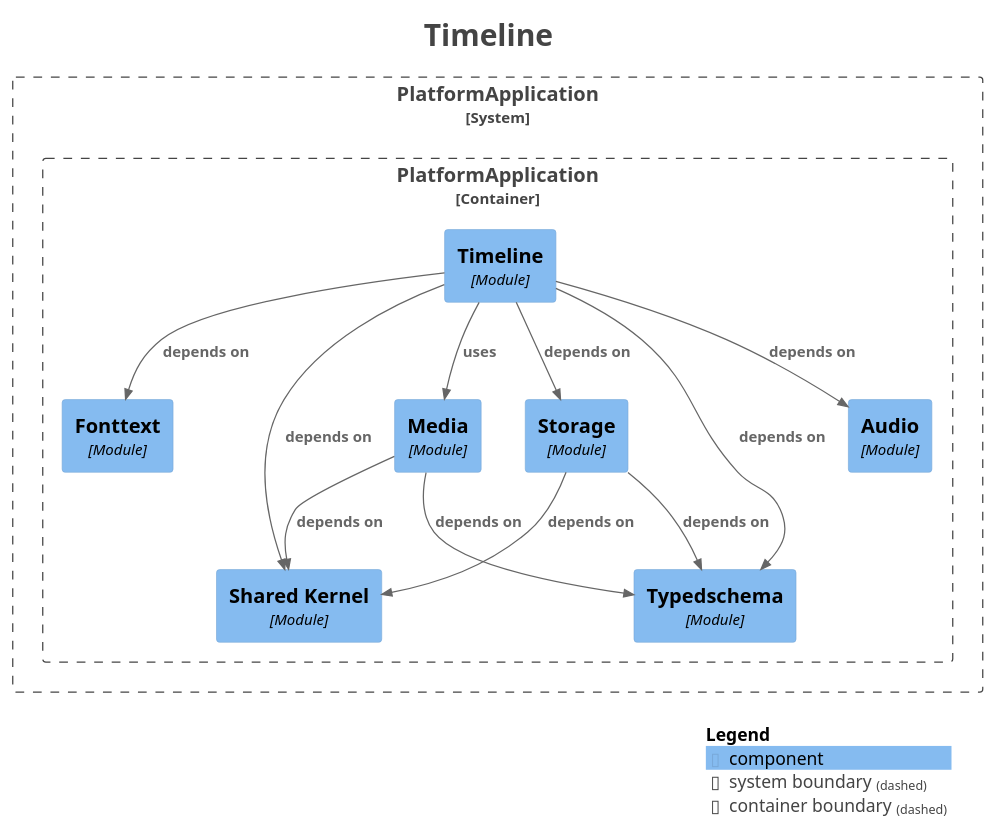
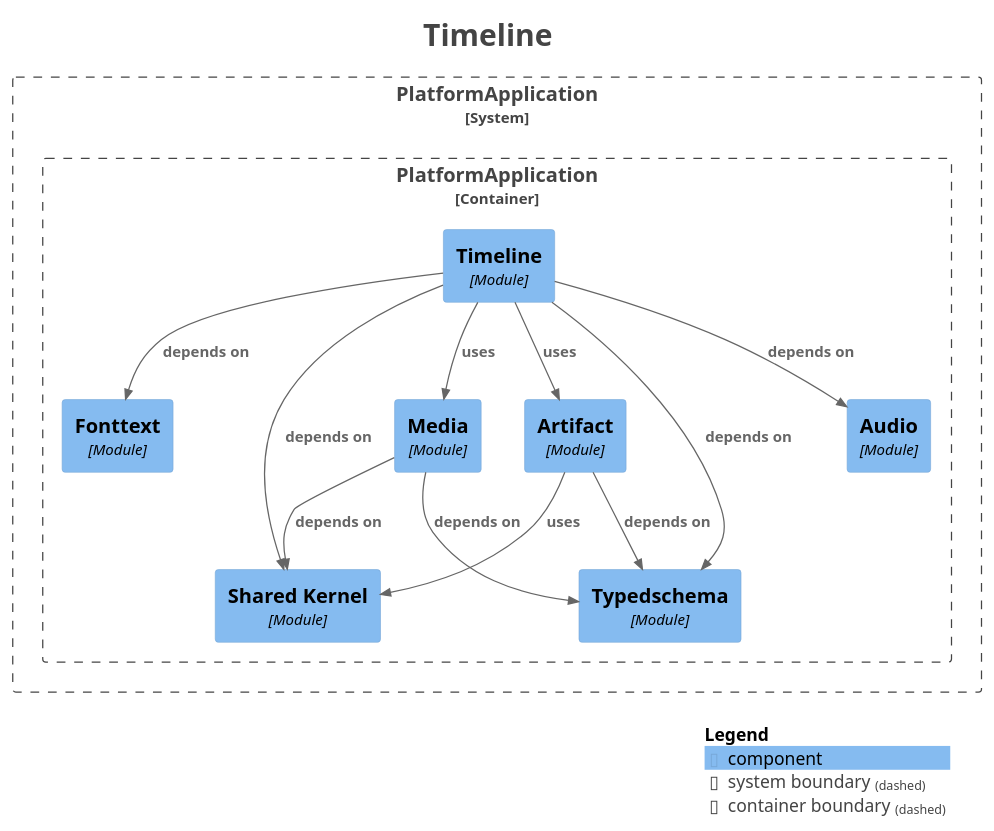
Before and after one commit to shangxq007/media-platform: the diagram in platform-app/docs/architecture/maps/generated/modulith/module-timeline.puml, drawn with PlantUML. The commit also changed 163 other files, not shown here.

```diff
--- a/platform-app/docs/architecture/maps/generated/modulith/module-timeline.puml
+++ b/platform-app/docs/architecture/maps/generated/modulith/module-timeline.puml
@@ -1,44 +1,44 @@
 @startuml
 title <size:24>Timeline</size>
 
 set separator none
 top to bottom direction
 
 <style>
   root {
     BackgroundColor: #ffffff
     FontColor: #444444
   }
 </style>
 
 !include <C4/C4>
 !include <C4/C4_Context>
 !include <C4/C4_Component>
 
 System_Boundary("PlatformApplication_boundary", "PlatformApplication", $tags="") {
   Container_Boundary("PlatformApplication.PlatformApplication_boundary", "PlatformApplication", $tags="") {
     Component(PlatformApplication.PlatformApplication.Fonttext, "Fonttext", $techn="Module", $descr="", $tags="", $link="")
     Component(PlatformApplication.PlatformApplication.Media, "Media", $techn="Module", $descr="", $tags="", $link="")
     Component(PlatformApplication.PlatformApplication.SharedKernel, "Shared Kernel", $techn="Module", $descr="", $tags="", $link="")
-    Component(PlatformApplication.PlatformApplication.Storage, "Storage", $techn="Module", $descr="", $tags="", $link="")
     Component(PlatformApplication.PlatformApplication.Timeline, "Timeline", $techn="Module", $descr="", $tags="", $link="")
     Component(PlatformApplication.PlatformApplication.Typedschema, "Typedschema", $techn="Module", $descr="", $tags="", $link="")
+    Component(PlatformApplication.PlatformApplication.Artifact, "Artifact", $techn="Module", $descr="", $tags="", $link="")
     Component(PlatformApplication.PlatformApplication.Audio, "Audio", $techn="Module", $descr="", $tags="", $link="")
   }
 
 }
 
+Rel(PlatformApplication.PlatformApplication.Artifact, PlatformApplication.PlatformApplication.SharedKernel, "uses", $techn="", $tags="", $link="")
+Rel(PlatformApplication.PlatformApplication.Artifact, PlatformApplication.PlatformApplication.Typedschema, "depends on", $techn="", $tags="", $link="")
 Rel(PlatformApplication.PlatformApplication.Media, PlatformApplication.PlatformApplication.SharedKernel, "depends on", $techn="", $tags="", $link="")
 Rel(PlatformApplication.PlatformApplication.Media, PlatformApplication.PlatformApplication.Typedschema, "depends on", $techn="", $tags="", $link="")
-Rel(PlatformApplication.PlatformApplication.Storage, PlatformApplication.PlatformApplication.SharedKernel, "depends on", $techn="", $tags="", $link="")
-Rel(PlatformApplication.PlatformApplication.Storage, PlatformApplication.PlatformApplication.Typedschema, "depends on", $techn="", $tags="", $link="")
+Rel(PlatformApplication.PlatformApplication.Timeline, PlatformApplication.PlatformApplication.Artifact, "uses", $techn="", $tags="", $link="")
 Rel(PlatformApplication.PlatformApplication.Timeline, PlatformApplication.PlatformApplication.Audio, "depends on", $techn="", $tags="", $link="")
 Rel(PlatformApplication.PlatformApplication.Timeline, PlatformApplication.PlatformApplication.Fonttext, "depends on", $techn="", $tags="", $link="")
 Rel(PlatformApplication.PlatformApplication.Timeline, PlatformApplication.PlatformApplication.Media, "uses", $techn="", $tags="", $link="")
 Rel(PlatformApplication.PlatformApplication.Timeline, PlatformApplication.PlatformApplication.SharedKernel, "depends on", $techn="", $tags="", $link="")
-Rel(PlatformApplication.PlatformApplication.Timeline, PlatformApplication.PlatformApplication.Storage, "depends on", $techn="", $tags="", $link="")
 Rel(PlatformApplication.PlatformApplication.Timeline, PlatformApplication.PlatformApplication.Typedschema, "depends on", $techn="", $tags="", $link="")
 
 SHOW_LEGEND(true)
 hide stereotypes
 @enduml
```
